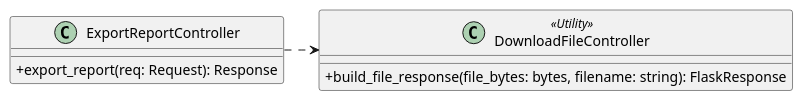
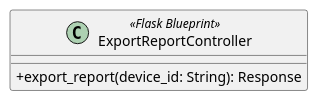
Before and after one commit to GroupRubberDuck/Documentazione: the diagram in src/PB/DocumentazioneEsterna/Specifica_Tecnica/content/uml/puml/Diagrammi_classi/Backend/InboundAdapters/ExportReportController.puml, drawn with PlantUML. The commit also changed 34 other files, not shown here.

```diff
--- a/src/PB/DocumentazioneEsterna/Specifica_Tecnica/content/uml/puml/Diagrammi_classi/Backend/InboundAdapters/ExportReportController.puml
+++ b/src/PB/DocumentazioneEsterna/Specifica_Tecnica/content/uml/puml/Diagrammi_classi/Backend/InboundAdapters/ExportReportController.puml
@@ -1,12 +1,8 @@
 @startuml ExportReportController
 skinparam classAttributeIconSize 0
-class ExportReportController {
-    + export_report(req: Request): Response
+
+class ExportReportController <<Flask Blueprint>> {
+    + export_report(device_id: String): Response
 }
 
-class DownloadFileController <<Utility>> {
-    + build_file_response(file_bytes: bytes, filename: string): FlaskResponse
-}
-ExportReportController .r.> DownloadFileController
-
 @enduml
```
